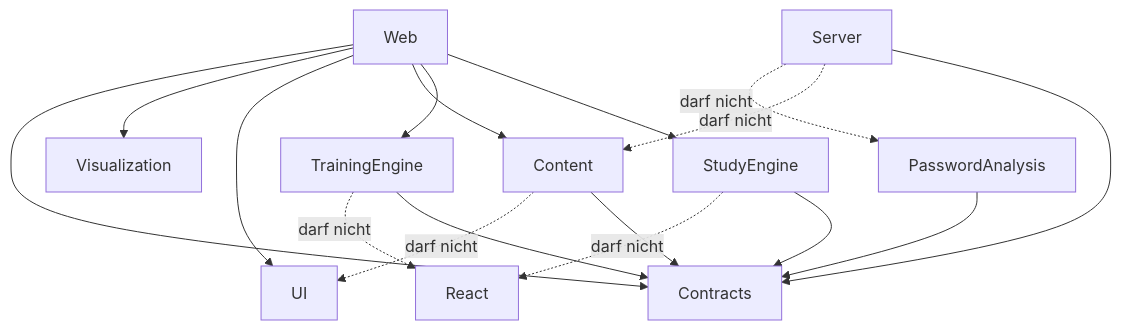
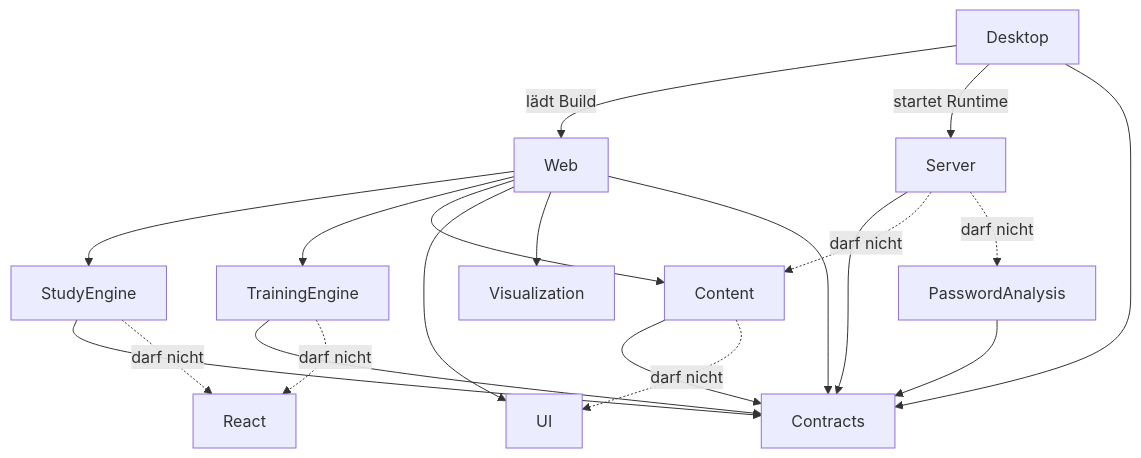
The second of 2 diagrams in docs/architecture/ARCHITECTURE.md (GitJestry/passwo-authentication-onboarding), drawn with Mermaid before and after one commit. The commit also changed other lines of this file and 60 other files, not shown here.

````diff
--- a/docs/architecture/ARCHITECTURE.md
+++ b/docs/architecture/ARCHITECTURE.md
@@ -52,20 +56,23 @@
 ```mermaid
 flowchart TD
+  Desktop -->|lädt Build| Web
+  Desktop -->|startet Runtime| Server
+  Desktop --> Contracts
   Web --> StudyEngine
   Web --> TrainingEngine
   Web --> Content
   Web --> UI
   Web --> Visualization
   Web --> Contracts
   Server --> Contracts
   StudyEngine --> Contracts
   TrainingEngine --> Contracts
   Content --> Contracts
   PasswordAnalysis --> Contracts
 
   Server -. darf nicht .-> Content
   Server -. darf nicht .-> PasswordAnalysis
   Content -. darf nicht .-> UI
   TrainingEngine -. darf nicht .-> React[React]
   StudyEngine -. darf nicht .-> React
 ```
````
